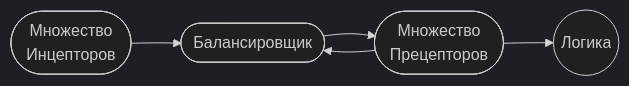
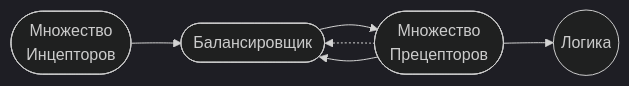
Before and after one commit to johnthesmith/scraps: the second of 2 diagrams in ru/msa.md, drawn with Mermaid (dark theme).

````diff
--- a/ru/msa.md
+++ b/ru/msa.md
@@ -55,13 +55,14 @@
 ```mermaid
 flowchart LR
 
 balancer_inner([ Балансировщик ])
 preceptor([Множество<br>Прецепторов])
 inceptor([Множество<br>Инцепторов])
 rig((Логика))
 
 inceptor --> balancer_inner
 balancer_inner --> preceptor
+preceptor -.-> balancer_inner
 preceptor --> balancer_inner
 preceptor --> rig
 ```
````
